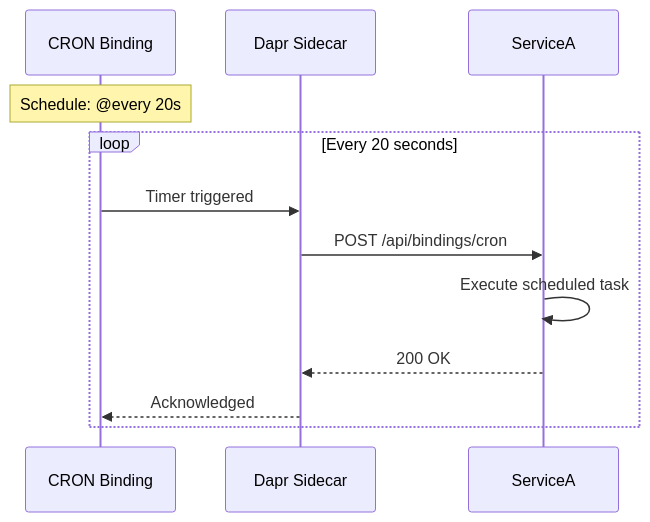
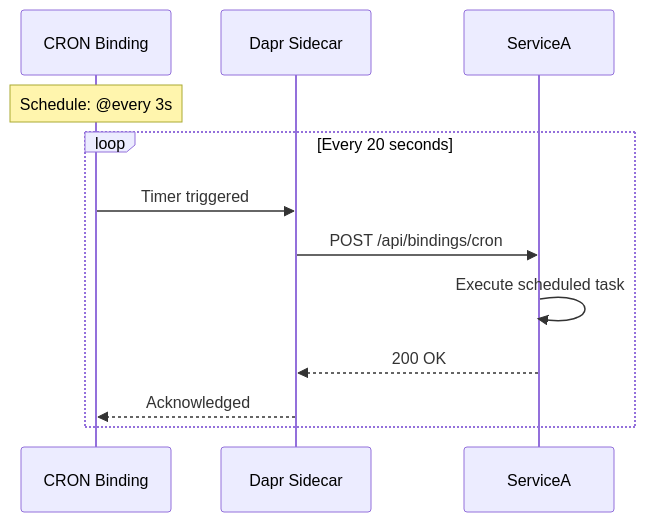
One commit to NetRecipes/NetRecipes.github.io changed the second of 3 diagrams in content/courses/dapr-aspire/bindings.md. Above: the diagram before and after it, drawn with Mermaid. The commit also changed other lines of this file, not shown here.

Commit message:
CRON 3s instead of 20s

````diff
--- a/content/courses/dapr-aspire/bindings.md
+++ b/content/courses/dapr-aspire/bindings.md
@@ -416,16 +416,16 @@
 ```mermaid
 sequenceDiagram
     participant CRON as CRON Binding
     participant SidecarA as Dapr Sidecar
     participant ServiceA
 
-    Note over CRON: Schedule: @every 20s
+    Note over CRON: Schedule: @every 3s
     
     loop Every 20 seconds
         CRON->>SidecarA: Timer triggered
         SidecarA->>ServiceA: POST /api/bindings/cron
         ServiceA->>ServiceA: Execute scheduled task
         ServiceA-->>SidecarA: 200 OK
         SidecarA-->>CRON: Acknowledged
     end
 ```
````
